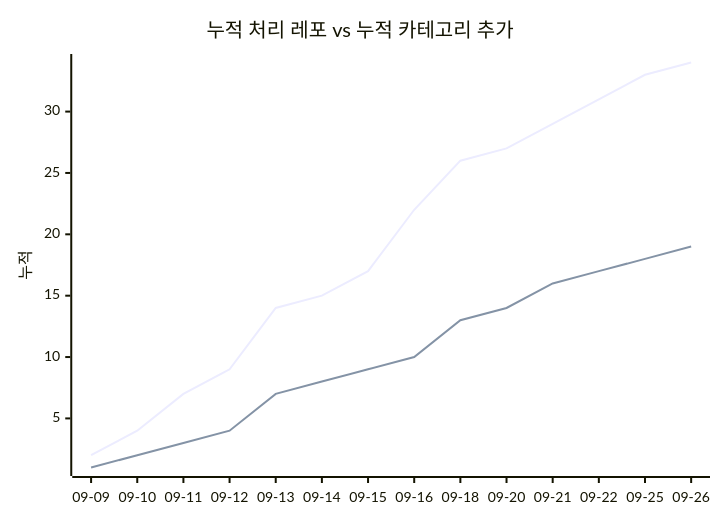
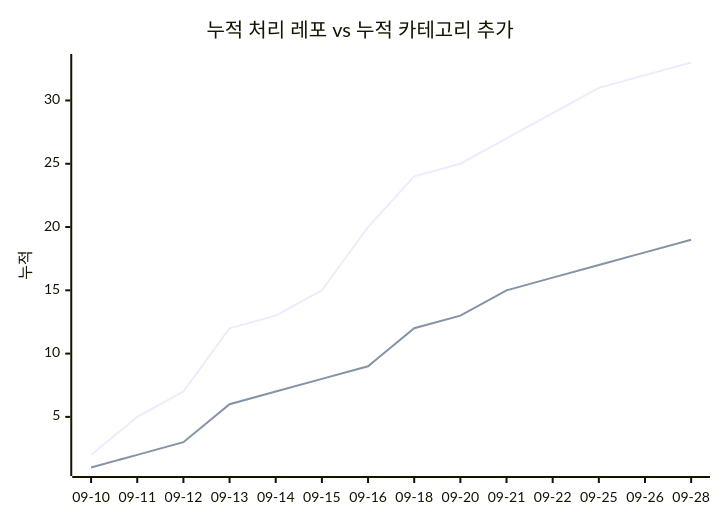
One commit to J-nowcow/awesome-korean-agent-skills changed the second of 2 diagrams in docs/trends.md. Above: the diagram before and after it, drawn with Mermaid. The commit also changed other lines of this file and 4 other files, not shown here.

````diff
--- a/docs/trends.md
+++ b/docs/trends.md
@@ -68,8 +68,8 @@
 ```mermaid
 xychart-beta
     title "누적 처리 레포 vs 누적 카테고리 추가"
-    x-axis ["09-09","09-10","09-11","09-12","09-13","09-14","09-15","09-16","09-18","09-20","09-21","09-22","09-25","09-26"]
+    x-axis ["09-10","09-11","09-12","09-13","09-14","09-15","09-16","09-18","09-20","09-21","09-22","09-25","09-26","09-28"]
     y-axis "누적"
-    line [2,4,7,9,14,15,17,22,26,27,29,31,33,34]
-    line [1,2,3,4,7,8,9,10,13,14,16,17,18,19]
+    line [2,5,7,12,13,15,20,24,25,27,29,31,32,33]
+    line [1,2,3,6,7,8,9,12,13,15,16,17,18,19]
 ```
````
